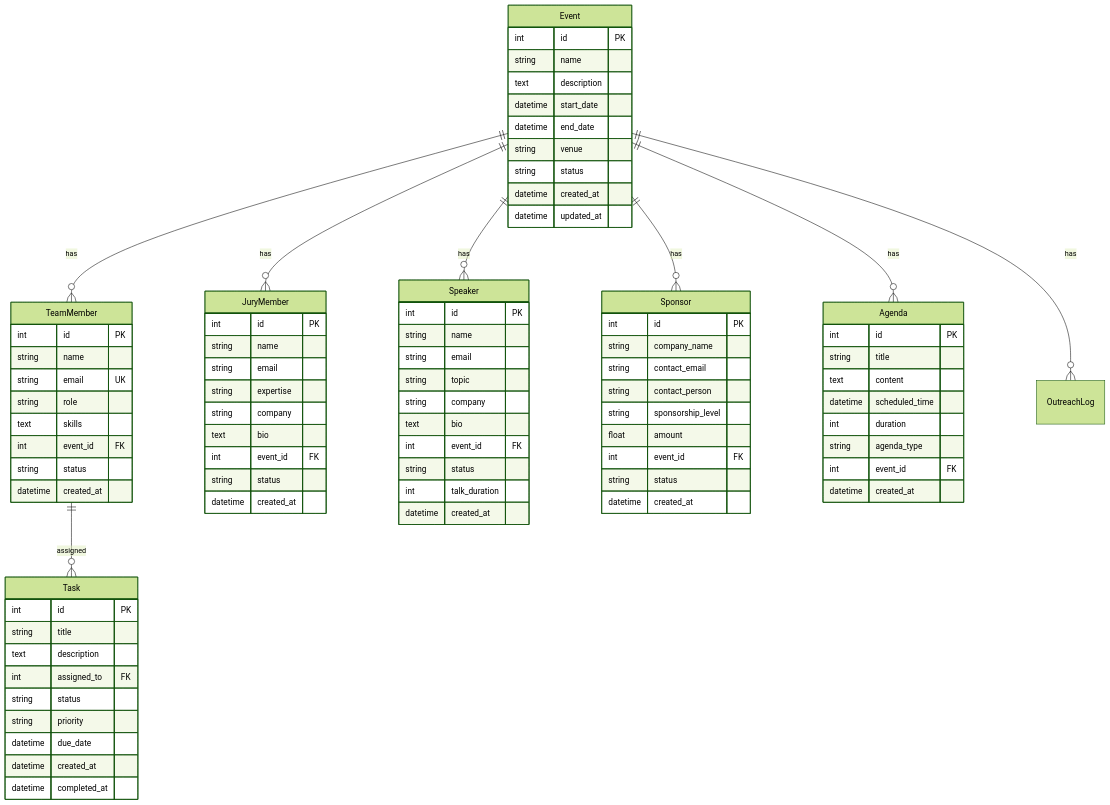
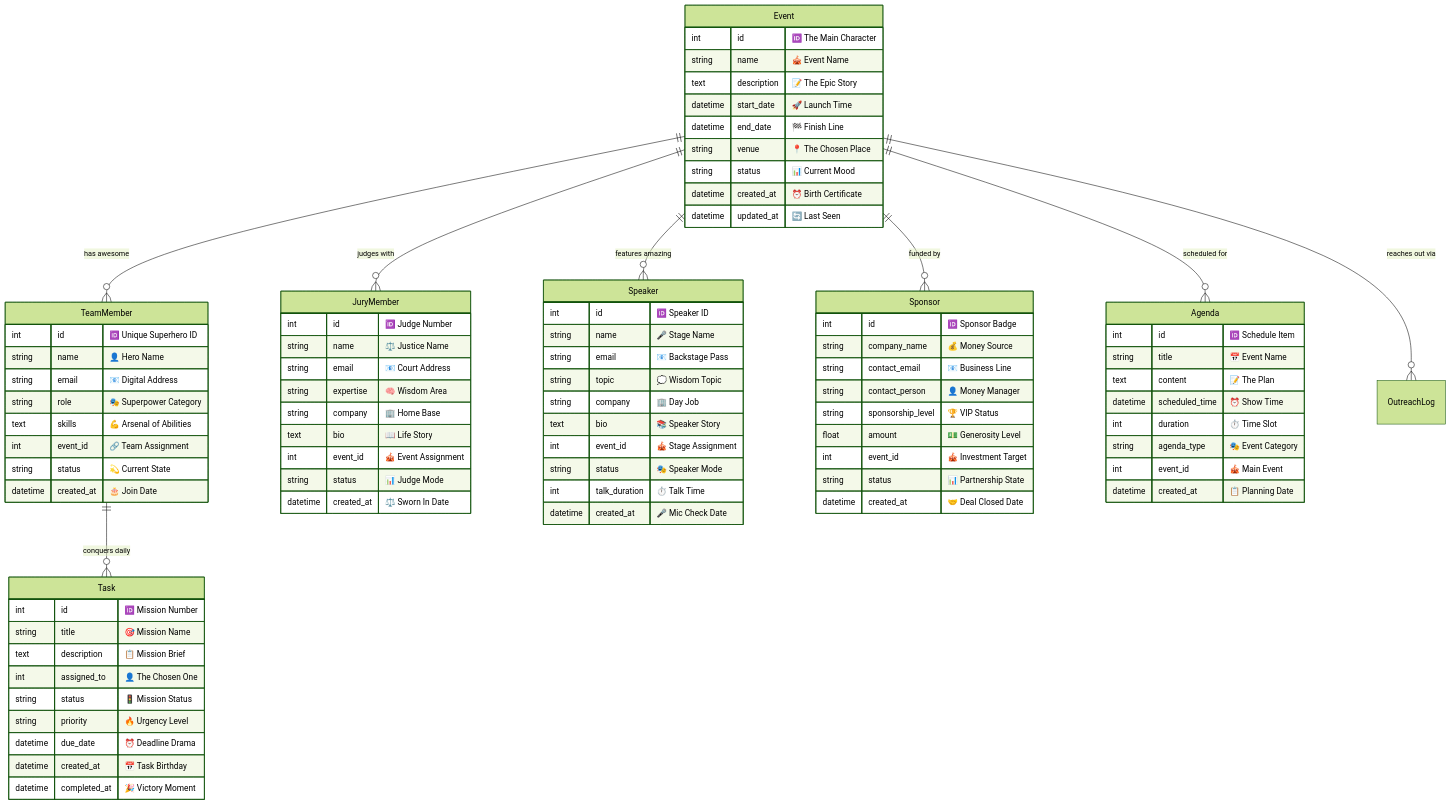
The second of 6 diagrams in README.md (anshc022/HackaTwin), drawn with Mermaid (forest theme) before and after one commit. The commit also changed other lines of this file, not shown here.

````diff
--- a/README.md
+++ b/README.md
@@ -88,94 +120,94 @@
 ```mermaid
 erDiagram
-    Event ||--o{ TeamMember : has
-    Event ||--o{ JuryMember : has
-    Event ||--o{ Speaker : has
-    Event ||--o{ Sponsor : has
-    Event ||--o{ Agenda : has
-    Event ||--o{ OutreachLog : has
+    Event ||--o{ TeamMember : "has awesome"
+    Event ||--o{ JuryMember : "judges with"
+    Event ||--o{ Speaker : "features amazing"
+    Event ||--o{ Sponsor : "funded by"
+    Event ||--o{ Agenda : "scheduled for"
+    Event ||--o{ OutreachLog : "reaches out via"
     
-    TeamMember ||--o{ Task : assigned
+    TeamMember ||--o{ Task : "conquers daily"
     
     Event {
-        int id PK
-        string name
-        text description
-        datetime start_date
-        datetime end_date
-        string venue
-        string status
-        datetime created_at
-        datetime updated_at
+        int id "🆔 The Main Character"
+        string name "🎪 Event Name"
+        text description "📝 The Epic Story"
+        datetime start_date "🚀 Launch Time"
+        datetime end_date "🏁 Finish Line"
+        string venue "📍 The Chosen Place"
+        string status "📊 Current Mood"
+        datetime created_at "⏰ Birth Certificate"
+        datetime updated_at "🔄 Last Seen"
     }
     
     TeamMember {
-        int id PK
-        string name
-        string email UK
-        string role
-        text skills
-        int event_id FK
-        string status
-        datetime created_at
+        int id "🆔 Unique Superhero ID"
+        string name "👤 Hero Name"
+        string email "📧 Digital Address"
+        string role "🎭 Superpower Category"
+        text skills "💪 Arsenal of Abilities"
+        int event_id "🔗 Team Assignment"
+        string status "💫 Current State"
+        datetime created_at "🎂 Join Date"
     }
     
     Task {
-        int id PK
-        string title
-        text description
-        int assigned_to FK
-        string status
-        string priority
-        datetime due_date
-        datetime created_at
-        datetime completed_at
+        int id "🆔 Mission Number"
+        string title "🎯 Mission Name"
+        text description "📋 Mission Brief"
+        int assigned_to "👤 The Chosen One"
+        string status "🚦 Mission Status"
+        string priority "🔥 Urgency Level"
+        datetime due_date "⏰ Deadline Drama"
+        datetime created_at "📅 Task Birthday"
+        datetime completed_at "🎉 Victory Moment"
     }
     
     JuryMember {
-        int id PK
-        string name
-        string email
-        string expertise
-        string company
-        text bio
-        int event_id FK
-        string status
-        datetime created_at
+        int id "🆔 Judge Number"
+        string name "⚖️ Justice Name"
+        string email "📧 Court Address"
+        string expertise "🧠 Wisdom Area"
+        string company "🏢 Home Base"
+        text bio "📖 Life Story"
+        int event_id "🎪 Event Assignment"
+        string status "📊 Judge Mode"
+        datetime created_at "⚖️ Sworn In Date"
     }
     
     Speaker {
-        int id PK
-        string name
-        string email
-        string topic
-        string company
-        text bio
-        int event_id FK
-        string status
-        int talk_duration
-        datetime created_at
+        int id "🆔 Speaker ID"
+        string name "🎤 Stage Name"
+        string email "📧 Backstage Pass"
+        string topic "💭 Wisdom Topic"
+        string company "🏢 Day Job"
+        text bio "📚 Speaker Story"
+        int event_id "🎪 Stage Assignment"
+        string status "🎭 Speaker Mode"
+        int talk_duration "⏱️ Talk Time"
+        datetime created_at "🎤 Mic Check Date"
     }
     
     Sponsor {
-        int id PK
-        string company_name
-        string contact_email
-        string contact_person
-        string sponsorship_level
-        float amount
-        int event_id FK
-        string status
-        datetime created_at
+        int id "🆔 Sponsor Badge"
+        string company_name "💰 Money Source"
+        string contact_email "📧 Business Line"
+        string contact_person "👤 Money Manager"
+        string sponsorship_level "🏆 VIP Status"
+        float amount "💵 Generosity Level"
+        int event_id "🎪 Investment Target"
+        string status "📊 Partnership State"
+        datetime created_at "🤝 Deal Closed Date"
     }
     
     Agenda {
-        int id PK
-        string title
-        text content
-        datetime scheduled_time
-        int duration
-        string agenda_type
-        int event_id FK
-        datetime created_at
+        int id "🆔 Schedule Item"
+        string title "📅 Event Name"
+        text content "📝 The Plan"
+        datetime scheduled_time "⏰ Show Time"
+        int duration "⏱️ Time Slot"
+        string agenda_type "🎭 Event Category"
+        int event_id "🎪 Main Event"
+        datetime created_at "📋 Planning Date"
     }
 ```
````
